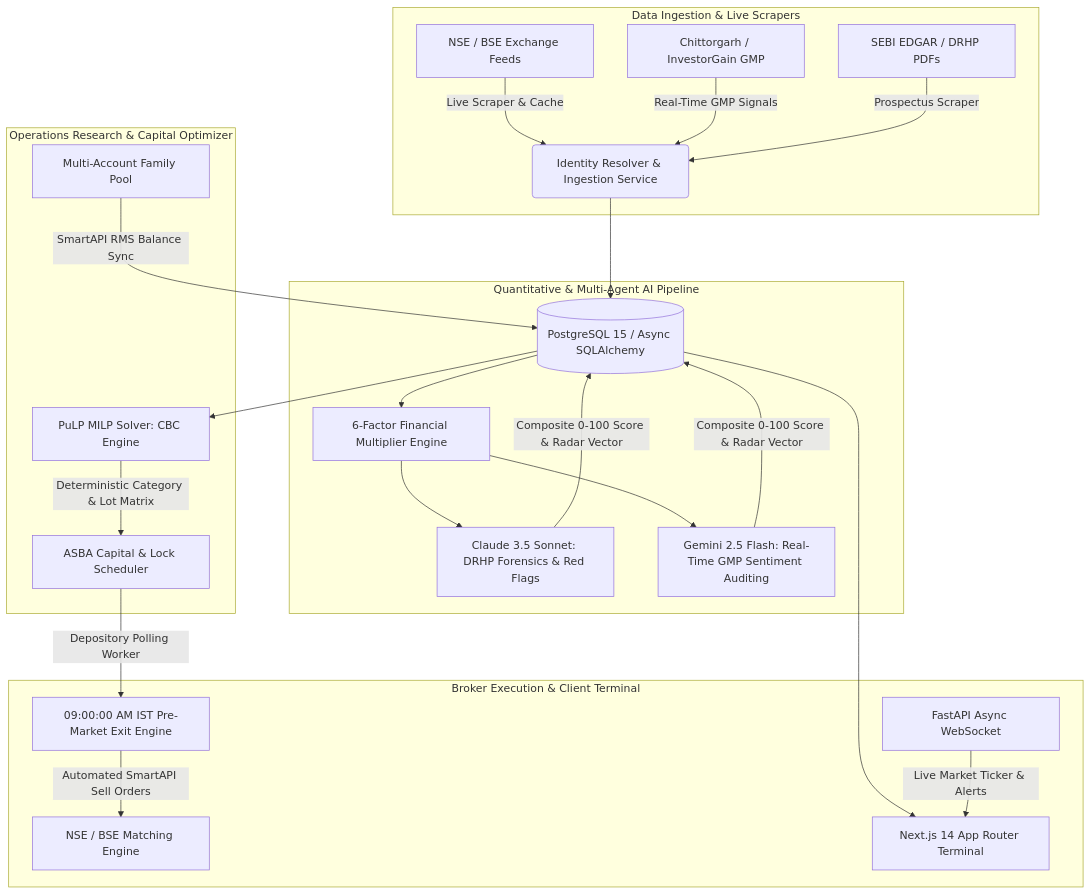
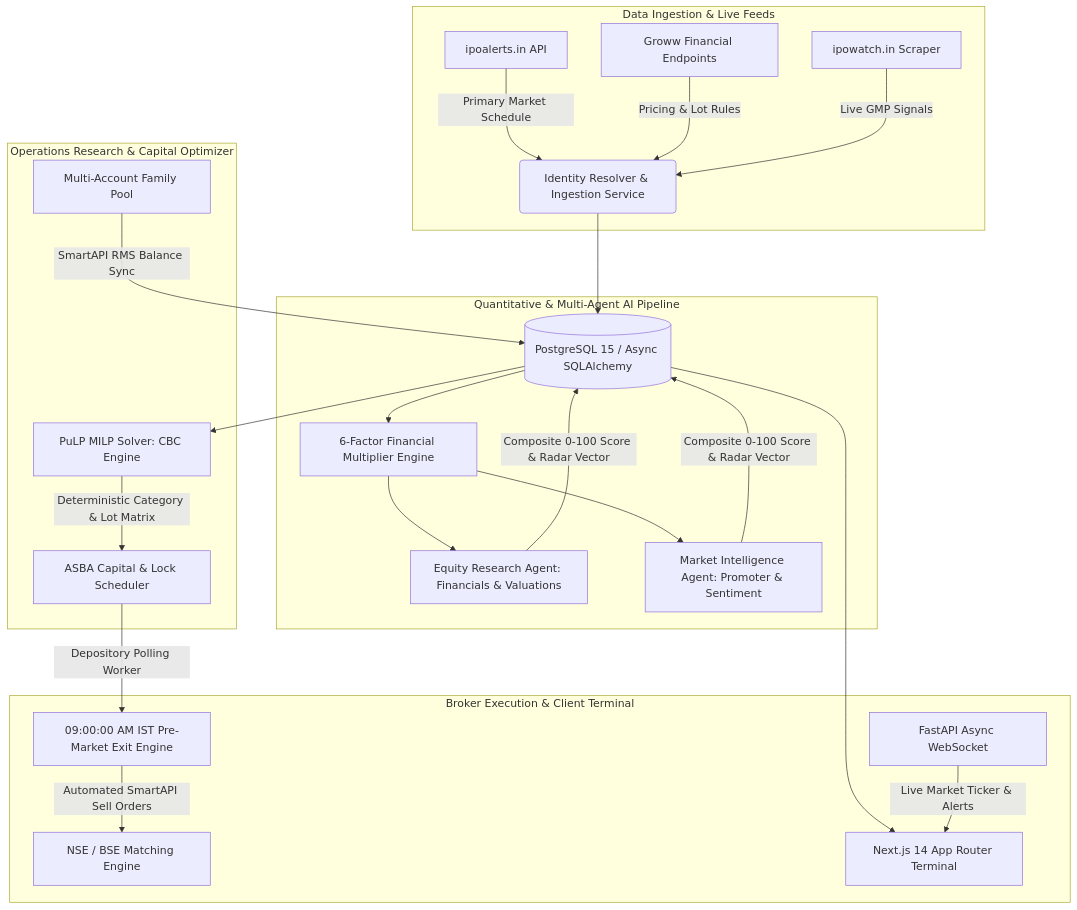
Before and after one commit to ravi-yadav-23/Kapital: the diagram in README.md, drawn with Mermaid. The commit also changed other lines of this file and 36 other files, not shown here.

````diff
--- a/README.md
+++ b/README.md
@@ -58,29 +58,29 @@
 ```mermaid
 graph TD
-    subgraph Data Ingestion & Live Scrapers
-        A1[NSE / BSE Exchange Feeds] -->|Live Scraper & Cache| B(Identity Resolver & Ingestion Service)
-        A2[Chittorgarh / InvestorGain GMP] -->|Real-Time GMP Signals| B
-        A3[SEBI EDGAR / DRHP PDFs] -->|Prospectus Scraper| B
+    subgraph Data Ingestion & Live Feeds
+        A1[ipoalerts.in API] -->|Primary Market Schedule| B(Identity Resolver & Ingestion Service)
+        A2[Groww Financial Endpoints] -->|Pricing & Lot Rules| B
+        A3[ipowatch.in Scraper] -->|Live GMP Signals| B
     end
 
     subgraph Quantitative & Multi-Agent AI Pipeline
         B --> C[(PostgreSQL 15 / Async SQLAlchemy)]
         C --> D[6-Factor Financial Multiplier Engine]
-        D --> E1[Claude 3.5 Sonnet: DRHP Forensics & Red Flags]
-        D --> E2[Gemini 2.5 Flash: Real-Time GMP Sentiment Auditing]
+        D --> E1[Equity Research Agent: Financials & Valuations]
+        D --> E2[Market Intelligence Agent: Promoter & Sentiment]
         E1 & E2 -->|Composite 0-100 Score & Radar Vector| C
     end
 
     subgraph Operations Research & Capital Optimizer
         F[Multi-Account Family Pool] -->|SmartAPI RMS Balance Sync| C
         C --> H[PuLP MILP Solver: CBC Engine]
         H -->|Deterministic Category & Lot Matrix| I[ASBA Capital & Lock Scheduler]
     end
 
     subgraph Broker Execution & Client Terminal
         I -->|Depository Polling Worker| J[09:00:00 AM IST Pre-Market Exit Engine]
         J -->|Automated SmartAPI Sell Orders| K[NSE / BSE Matching Engine]
         C --> L[Next.js 14 App Router Terminal]
         M[FastAPI Async WebSocket] -->|Live Market Ticker & Alerts| L
     end
 ```
````
